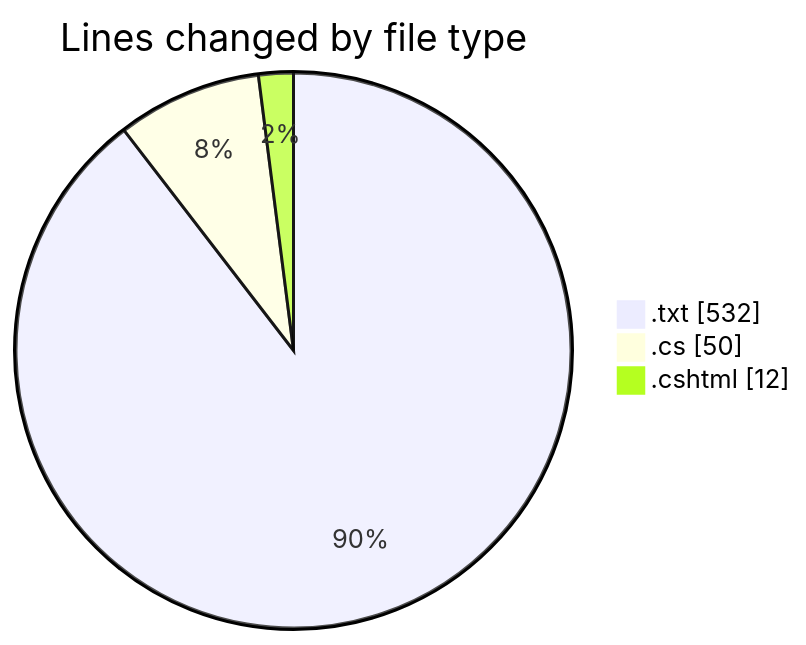
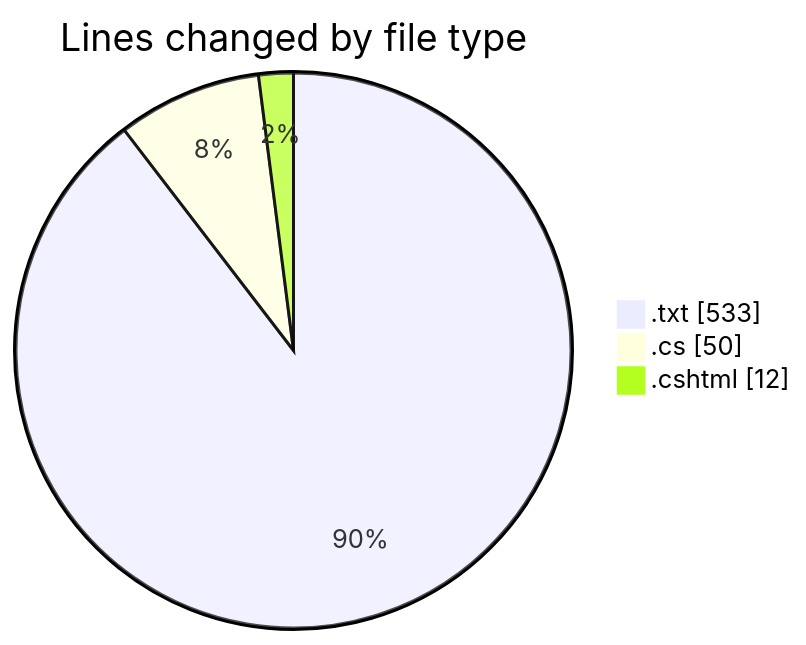
Before and after one commit to lephambinh05/code-tracking: the first of 2 diagrams in 2025-07-26/quanlyrapchieuphim-1/README.md, drawn with Mermaid. The commit also changed other lines of this file and 1 other file, not shown here.

````diff
--- a/2025-07-26/quanlyrapchieuphim-1/README.md
+++ b/2025-07-26/quanlyrapchieuphim-1/README.md
@@ -24,7 +24,7 @@
 ```mermaid
 pie showData
 title Lines changed by file type
-".txt" : 532
+".txt" : 533
 ".cs" : 50
 ".cshtml" : 12
 ```
````
